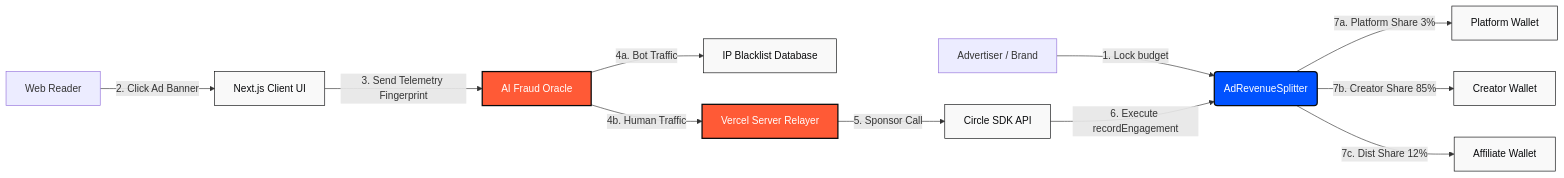
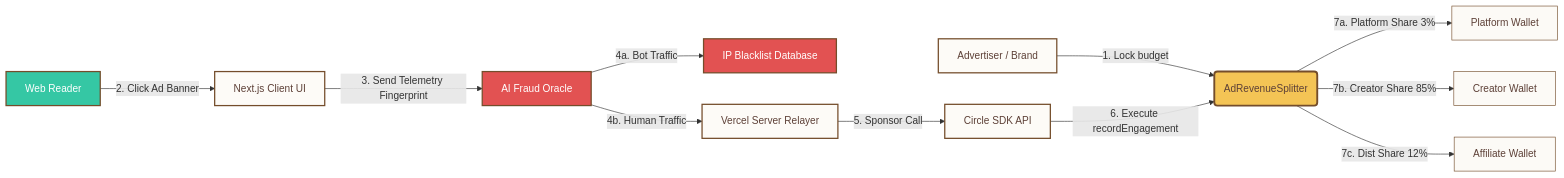
One commit to duongnq2798/AdSplit changed the first of 4 diagrams in README.md. Above: the diagram before and after it, drawn with Mermaid. The commit also changed other lines of this file and 16 other files, not shown here.

````diff
--- a/README.md
+++ b/README.md
@@ -97,20 +79,22 @@
 ```mermaid
 flowchart LR
-    classDef main fill:#FF5A36,stroke:#090A0C,stroke-width:2px,color:#fff;
-    classDef tech fill:#f9f9f9,stroke:#090A0C,stroke-width:1px,color:#090A0C;
-    classDef contract fill:#0052FF,stroke:#090A0C,stroke-width:2px,color:#fff;
+    classDef reader fill:#35C7A4,stroke:#744D2B,stroke-width:2px,color:#fff;
+    classDef oracle fill:#E25252,stroke:#744D2B,stroke-width:2px,color:#fff;
+    classDef contract fill:#F4C455,stroke:#744D2B,stroke-width:3px,color:#5D4037;
+    classDef tech fill:#FDFBF7,stroke:#744D2B,stroke-width:2px,color:#5D4037;
+    classDef wallets fill:#FCFAF6,stroke:#744D2B,stroke-width:1px,color:#5D4037;
 
-    A[Advertiser / Brand] -->|1. Lock budget| B(AdRevenueSplitter):::contract
-    C[Web Reader] -->|2. Click Ad Banner| D[Next.js Client UI]:::tech
-    D -->|3. Send Telemetry Fingerprint| E[AI Fraud Oracle]:::main
+    A[Advertiser / Brand]:::tech -->|1. Lock budget| B(AdRevenueSplitter):::contract
+    C[Web Reader]:::reader -->|2. Click Ad Banner| D[Next.js Client UI]:::tech
+    D -->|3. Send Telemetry Fingerprint| E[AI Fraud Oracle]:::oracle
     
-    E -->|4a. Bot Traffic| F[IP Blacklist Database]:::tech
-    E -->|4b. Human Traffic| G[Vercel Server Relayer]:::main
+    E -->|4a. Bot Traffic| F[IP Blacklist Database]:::oracle
+    E -->|4b. Human Traffic| G[Vercel Server Relayer]:::tech
     
     G -->|5. Sponsor Call| H[Circle SDK API]:::tech
     H -->|6. Execute recordEngagement| B
     
-    B -->|7a. Platform Share 3%| I[Platform Wallet]:::tech
-    B -->|7b. Creator Share 85%| J[Creator Wallet]:::tech
-    B -->|7c. Dist Share 12%| K[Affiliate Wallet]:::tech
+    B -->|7a. Platform Share 3%| I[Platform Wallet]:::wallets
+    B -->|7b. Creator Share 85%| J[Creator Wallet]:::wallets
+    B -->|7c. Dist Share 12%| K[Affiliate Wallet]:::wallets
 ```
````
